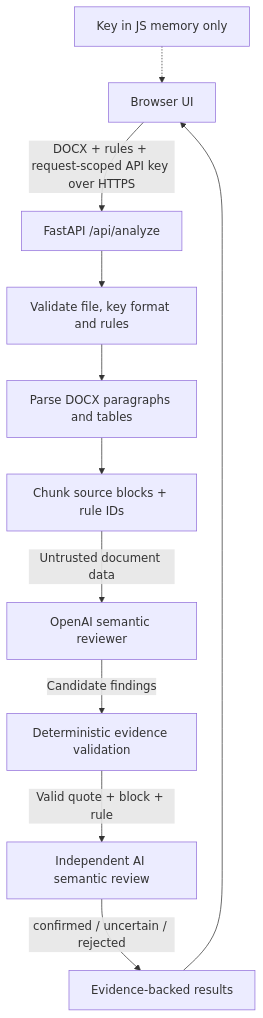
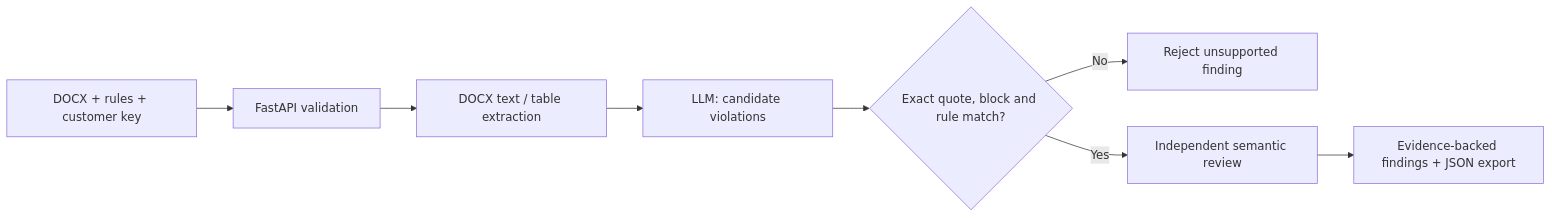
One commit to Or04/DocumentGuard changed the diagram in README.md. Above: the diagram before and after it, drawn with Mermaid. The commit also changed other lines of this file, not shown here.

Commit message:
Redesign README as reviewer-first walkthrough with live app and prompt buttons

````diff
--- a/README.md
+++ b/README.md
@@ -20,13 +49,10 @@
 ```mermaid
-flowchart TD
-  U[Browser UI] -->|DOCX + rules + request-scoped API key over HTTPS| A[FastAPI /api/analyze]
-  A --> I[Validate file, key format and rules]
-  I --> D[Parse DOCX paragraphs and tables]
-  D --> C[Chunk source blocks + rule IDs]
-  C -->|Untrusted document data| L[OpenAI semantic reviewer]
-  L -->|Candidate findings| V[Deterministic evidence validation]
-  V -->|Valid quote + block + rule| S[Independent AI semantic review]
-  S -->|confirmed / uncertain / rejected| R[Evidence-backed results]
-  R --> U
-  K[Key in JS memory only] -.-> U
+flowchart LR
+  A["DOCX + rules + customer key"] --> B["FastAPI validation"]
+  B --> C["DOCX text / table extraction"]
+  C --> D["LLM: candidate violations"]
+  D --> E{"Exact quote, block and rule match?"}
+  E -->|No| F["Reject unsupported finding"]
+  E -->|Yes| G["Independent semantic review"]
+  G --> H["Evidence-backed findings + JSON export"]
 ```
````
